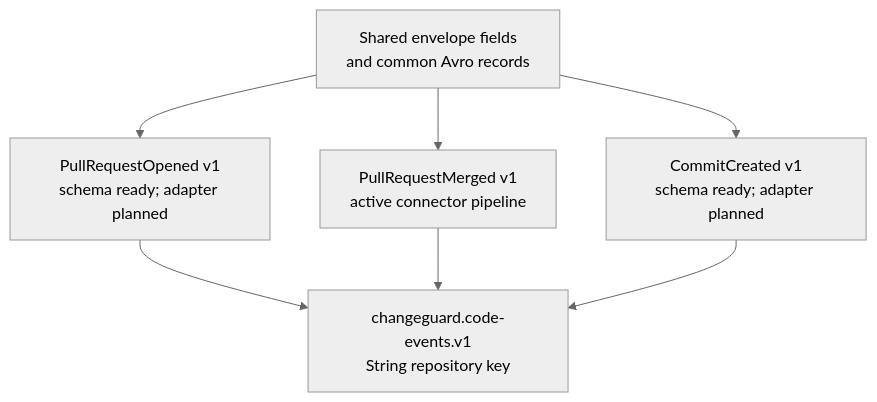
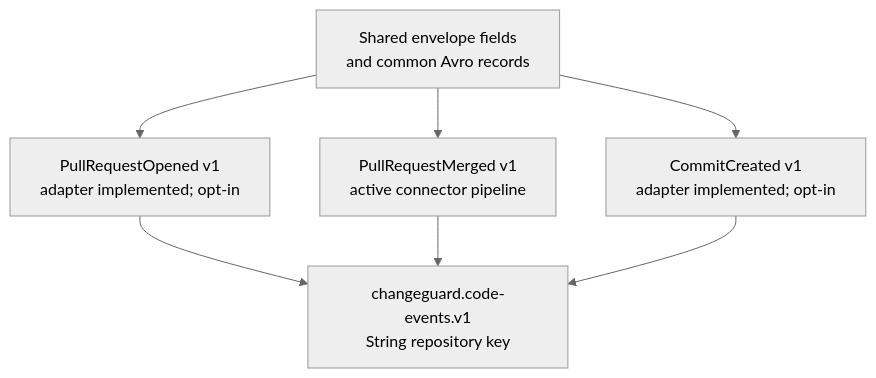
Before and after one commit to ChangeGuardHQ/changuard-platform: the first of 4 diagrams in backend/event-contracts/README.md, drawn with Mermaid (neutral theme). The commit also changed other lines of this file and 38 other files, not shown here.

Commit message:
Project opened pull requests and commits through the durable connector pipeline

````diff
--- a/backend/event-contracts/README.md
+++ b/backend/event-contracts/README.md
@@ -17,9 +17,9 @@
 ```mermaid
 flowchart TD
-    Common["Shared envelope fields<br/>and common Avro records"] --> Opened["PullRequestOpened v1<br/>schema ready; adapter planned"]
+    Common["Shared envelope fields<br/>and common Avro records"] --> Opened["PullRequestOpened v1<br/>adapter implemented; opt-in"]
     Common --> Merged["PullRequestMerged v1<br/>active connector pipeline"]
-    Common --> Commit["CommitCreated v1<br/>schema ready; adapter planned"]
+    Common --> Commit["CommitCreated v1<br/>adapter implemented; opt-in"]
     Opened --> Topic["changeguard.code-events.v1<br/>String repository key"]
     Merged --> Topic
     Commit --> Topic
 ```
````
